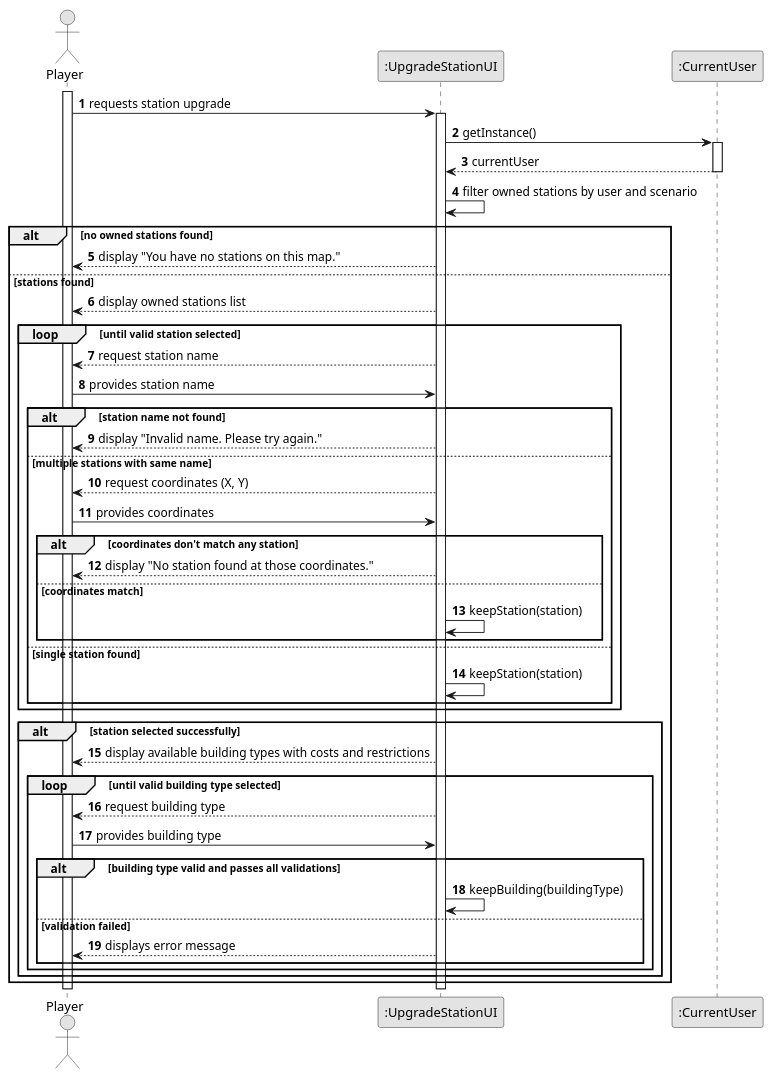
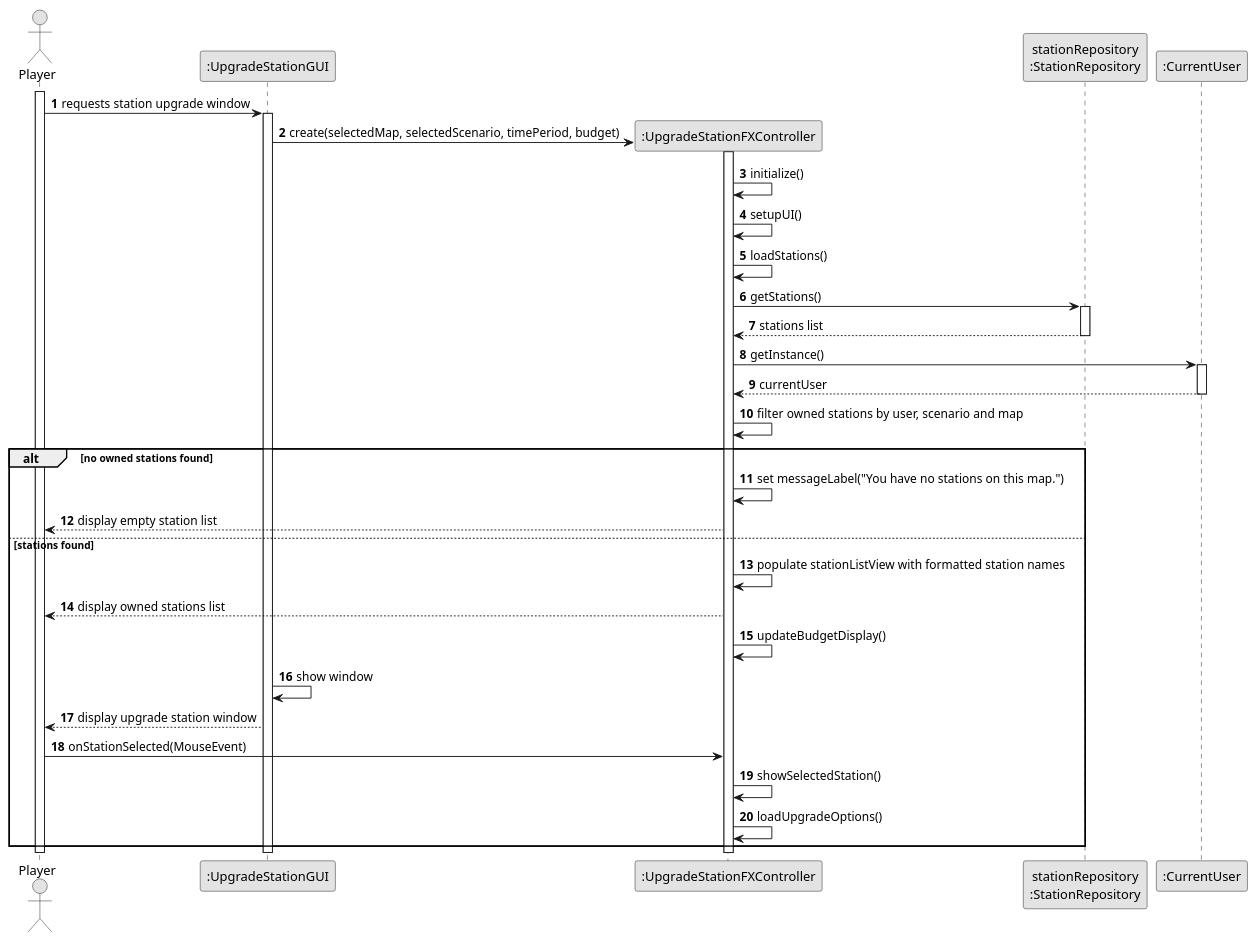
Before and after one commit to goncalolopesp/sem2-pi-24.25-g093-repo: the diagram in docs/system-documentation/US006/03.design/puml/US006-SD-getInput.puml, drawn with PlantUML. The commit also changed 10 other files, not shown here.

```diff
--- a/docs/system-documentation/US006/03.design/puml/US006-SD-getInput.puml
+++ b/docs/system-documentation/US006/03.design/puml/US006-SD-getInput.puml
@@ -1,68 +1,59 @@
 @startuml US006-SD-getInput
 skinparam monochrome true
 skinparam packageStyle rectangle
 skinparam shadowing false
 
 autonumber
 
 actor "Player" as Player
-participant ":UpgradeStationUI" as UpgradeStationUI
+participant ":UpgradeStationGUI" as GUI
+participant ":UpgradeStationFXController" as Controller
+participant "stationRepository\n:StationRepository" as StationRepository
 participant ":CurrentUser" as CurrentUser
 
 activate Player
 
-Player -> UpgradeStationUI : requests station upgrade
-activate UpgradeStationUI
+Player -> GUI : requests station upgrade window
+activate GUI
 
-UpgradeStationUI -> CurrentUser : getInstance()
+create Controller
+GUI -> Controller : create(selectedMap, selectedScenario, timePeriod, budget)
+activate Controller
+
+Controller -> Controller : initialize()
+Controller -> Controller : setupUI()
+Controller -> Controller : loadStations()
+
+Controller -> StationRepository : getStations()
+activate StationRepository
+StationRepository --> Controller : stations list
+deactivate StationRepository
+
+Controller -> CurrentUser : getInstance()
 activate CurrentUser
-CurrentUser --> UpgradeStationUI : currentUser
+CurrentUser --> Controller : currentUser
 deactivate CurrentUser
 
-UpgradeStationUI -> UpgradeStationUI : filter owned stations by user and scenario
+Controller -> Controller : filter owned stations by user, scenario and map
 
 alt no owned stations found
-    UpgradeStationUI --> Player : display "You have no stations on this map."
+    Controller -> Controller : set messageLabel("You have no stations on this map.")
+    Controller --> Player : display empty station list
 else stations found
-    UpgradeStationUI --> Player : display owned stations list
+    Controller -> Controller : populate stationListView with formatted station names
+    Controller --> Player : display owned stations list
+    Controller -> Controller : updateBudgetDisplay()
 
-    loop until valid station selected
-        UpgradeStationUI --> Player : request station name
-        Player -> UpgradeStationUI : provides station name
+    GUI -> GUI : show window
+    GUI --> Player : display upgrade station window
 
-        alt station name not found
-            UpgradeStationUI --> Player : display "Invalid name. Please try again."
-        else multiple stations with same name
-            UpgradeStationUI --> Player : request coordinates (X, Y)
-            Player -> UpgradeStationUI : provides coordinates
-
-            alt coordinates don't match any station
-                UpgradeStationUI --> Player : display "No station found at those coordinates."
-            else coordinates match
-                UpgradeStationUI -> UpgradeStationUI : keepStation(station)
-            end
-        else single station found
-            UpgradeStationUI -> UpgradeStationUI : keepStation(station)
-        end
-    end
-
-    alt station selected successfully
-        UpgradeStationUI --> Player : display available building types with costs and restrictions
-
-        loop until valid building type selected
-            UpgradeStationUI --> Player : request building type
-            Player -> UpgradeStationUI : provides building type
-
-            alt building type valid and passes all validations
-                UpgradeStationUI -> UpgradeStationUI : keepBuilding(buildingType)
-            else validation failed
-                UpgradeStationUI --> Player : displays error message
-            end
-        end
-    end
+    Player -> Controller : onStationSelected(MouseEvent)
+    Controller -> Controller : showSelectedStation()
+    Controller -> Controller : loadUpgradeOptions()
 end
 
-deactivate UpgradeStationUI
+deactivate Controller
+deactivate GUI
 deactivate Player
 
 @enduml
```
